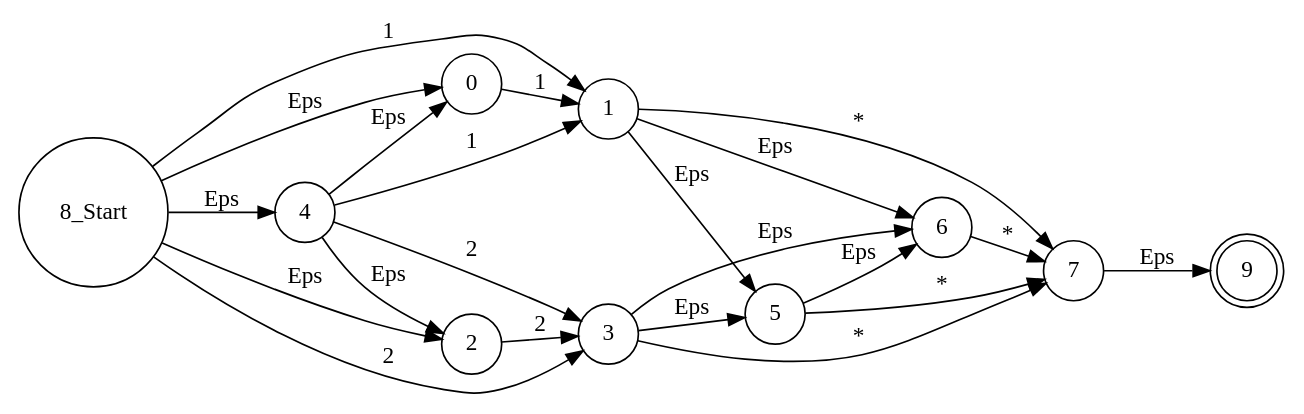
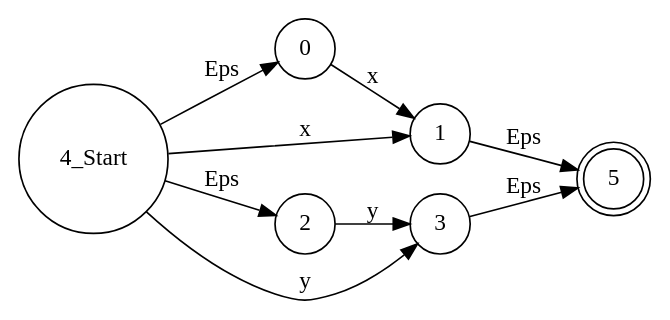
The diagram in eps-closure-step-1.dot (vnmsklnk/Interpreter-RegEx), drawn with Graphviz before and after one commit. The commit also changed 3 other files, not shown here.

```diff
--- a/eps-closure-step-1.dot
+++ b/eps-closure-step-1.dot
@@ -1,49 +1,23 @@
 digraph nfa
 {
 rankdir = LR
 node [shape = circle];
-8[shape = circle, label = "8_Start"]
-0 -> 1 [label = "1"]
+4[shape = circle, label = "4_Start"]
+0 -> 1 [label = "x"]
 
-2 -> 3 [label = "2"]
+2 -> 3 [label = "y"]
 
 1 -> 5 [label = "Eps"]
 
-1 -> 6 [label = "Eps"]
-
-1 -> 7 [label = "*"]
-
 3 -> 5 [label = "Eps"]
-
-3 -> 6 [label = "Eps"]
-
-3 -> 7 [label = "*"]
 
 4 -> 0 [label = "Eps"]
 
-4 -> 1 [label = "1"]
+4 -> 1 [label = "x"]
 
 4 -> 2 [label = "Eps"]
 
-4 -> 3 [label = "2"]
+4 -> 3 [label = "y"]
 
-5 -> 6 [label = "Eps"]
-
-5 -> 7 [label = "*"]
-
-6 -> 7 [label = "*"]
-
-7 -> 9 [label = "Eps"]
-
-8 -> 0 [label = "Eps"]
-
-8 -> 1 [label = "1"]
-
-8 -> 2 [label = "Eps"]
-
-8 -> 3 [label = "2"]
-
-8 -> 4 [label = "Eps"]
-
-9[shape = doublecircle]
+5[shape = doublecircle]
 }
```
